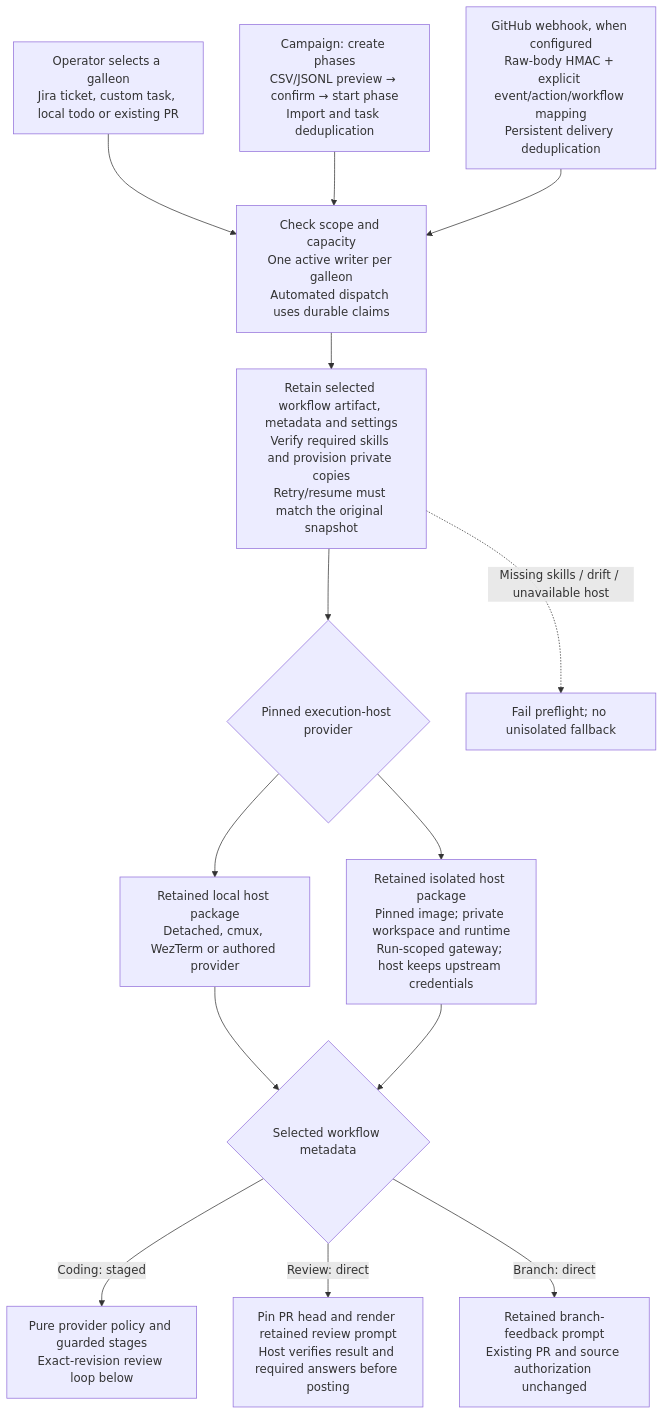
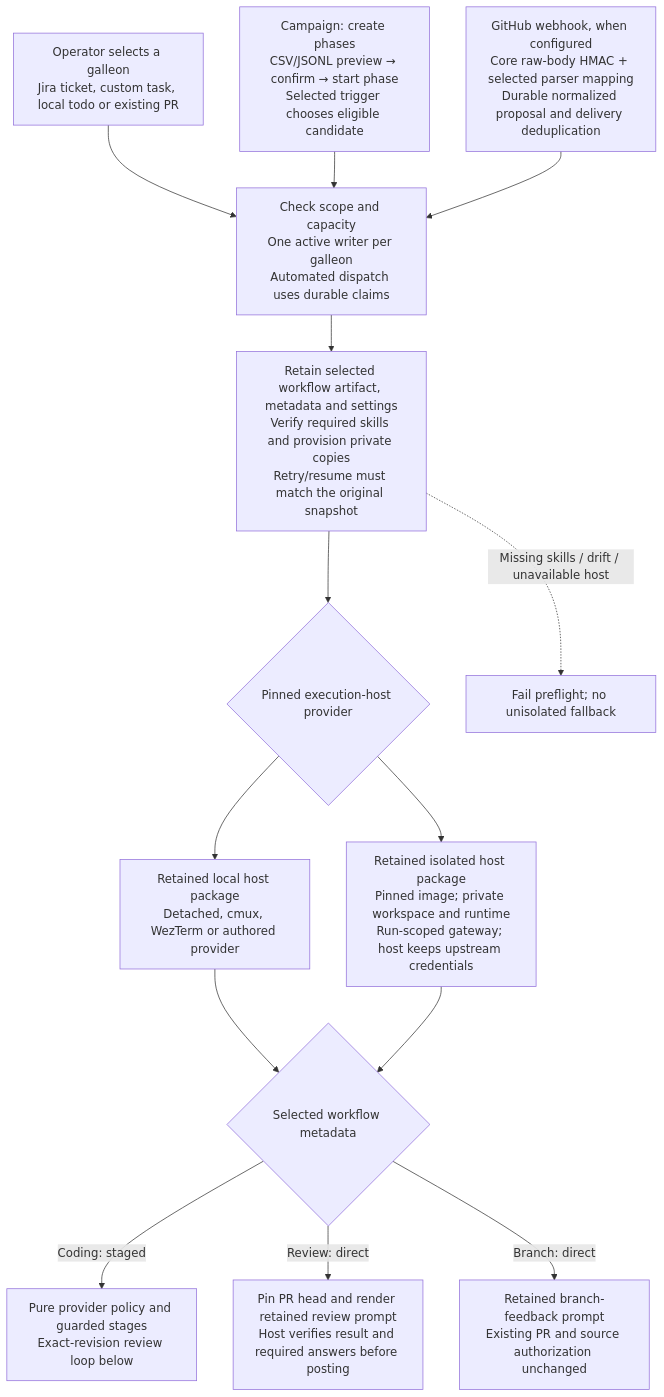
Before and after one commit to nloehlein-godaddy/helmsman: diagram 20 of 22 in docs/helmsman-process.md, drawn with Mermaid. The commit also changed other lines of this file and 91 other files, not shown here.

Commit message:
feat(plugins): extract retained campaign review and webhook triggers

````diff
--- a/docs/helmsman-process.md
+++ b/docs/helmsman-process.md
@@ -427,16 +454,16 @@
 ```mermaid
 flowchart TD
     Manual[Operator selects a galleon<br/>Jira ticket, custom task, local todo or existing PR] --> Dispatch
-    Campaign[Campaign: create phases<br/>CSV/JSONL preview → confirm → start phase<br/>Import and task deduplication] --> Dispatch
-    Webhook[GitHub webhook, when configured<br/>Raw-body HMAC + explicit event/action/workflow mapping<br/>Persistent delivery deduplication] --> Dispatch
+    Campaign[Campaign: create phases<br/>CSV/JSONL preview → confirm → start phase<br/>Selected trigger chooses eligible candidate] --> Dispatch
+    Webhook[GitHub webhook, when configured<br/>Core raw-body HMAC + selected parser mapping<br/>Durable normalized proposal and delivery deduplication] --> Dispatch
     Dispatch[Check scope and capacity<br/>One active writer per galleon<br/>Automated dispatch uses durable claims] --> Snapshot[Retain selected workflow artifact, metadata and settings<br/>Verify required skills and provision private copies<br/>Retry/resume must match the original snapshot]
     Snapshot --> Host{Pinned execution-host provider}
     Host --> Local[Retained local host package<br/>Detached, cmux, WezTerm or authored provider]
     Host --> Docker[Retained isolated host package<br/>Pinned image; private workspace and runtime<br/>Run-scoped gateway; host keeps upstream credentials]
     Local --> Workflow{Selected workflow metadata}
     Docker --> Workflow
     Workflow -->|Coding: staged| Coding[Pure provider policy and guarded stages<br/>Exact-revision review loop below]
     Workflow -->|Review: direct| Review[Pin PR head and render retained review prompt<br/>Host verifies result and required answers before posting]
     Workflow -->|Branch: direct| Branch[Retained branch-feedback prompt<br/>Existing PR and source authorization unchanged]
     Snapshot -.->|Missing skills / drift / unavailable host| Block[Fail preflight; no unisolated fallback]
 ```
````
